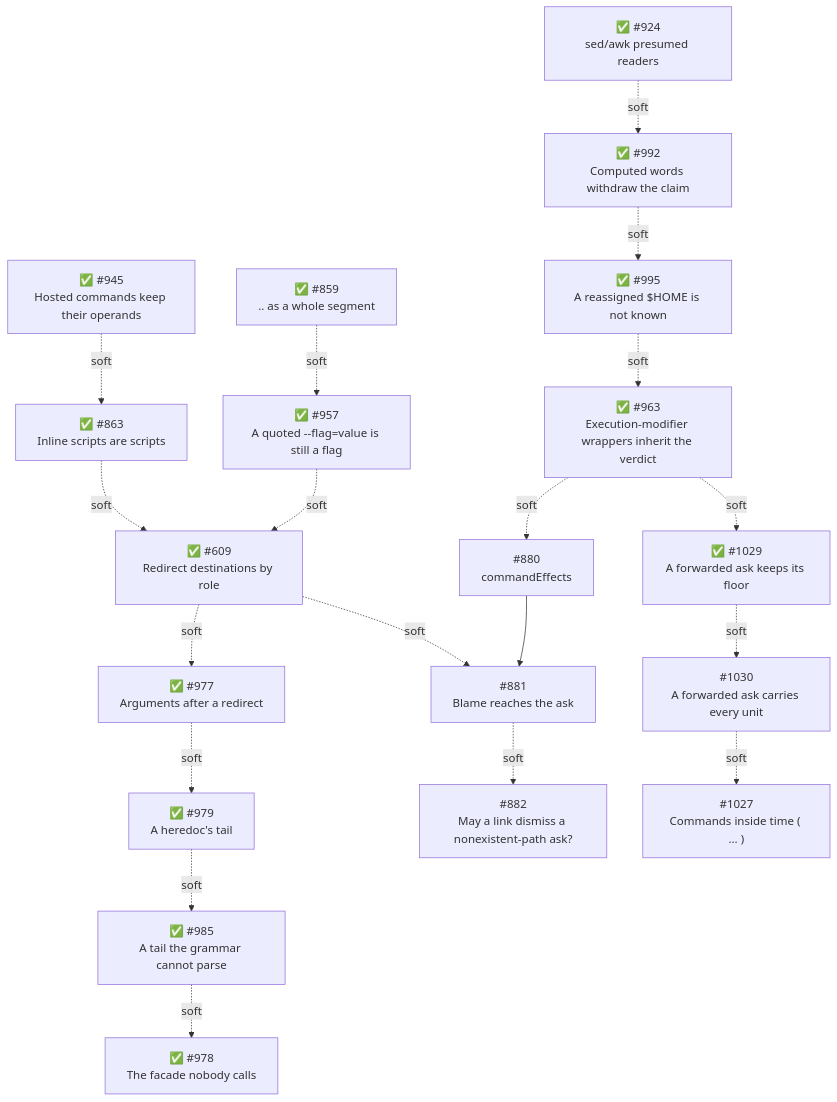
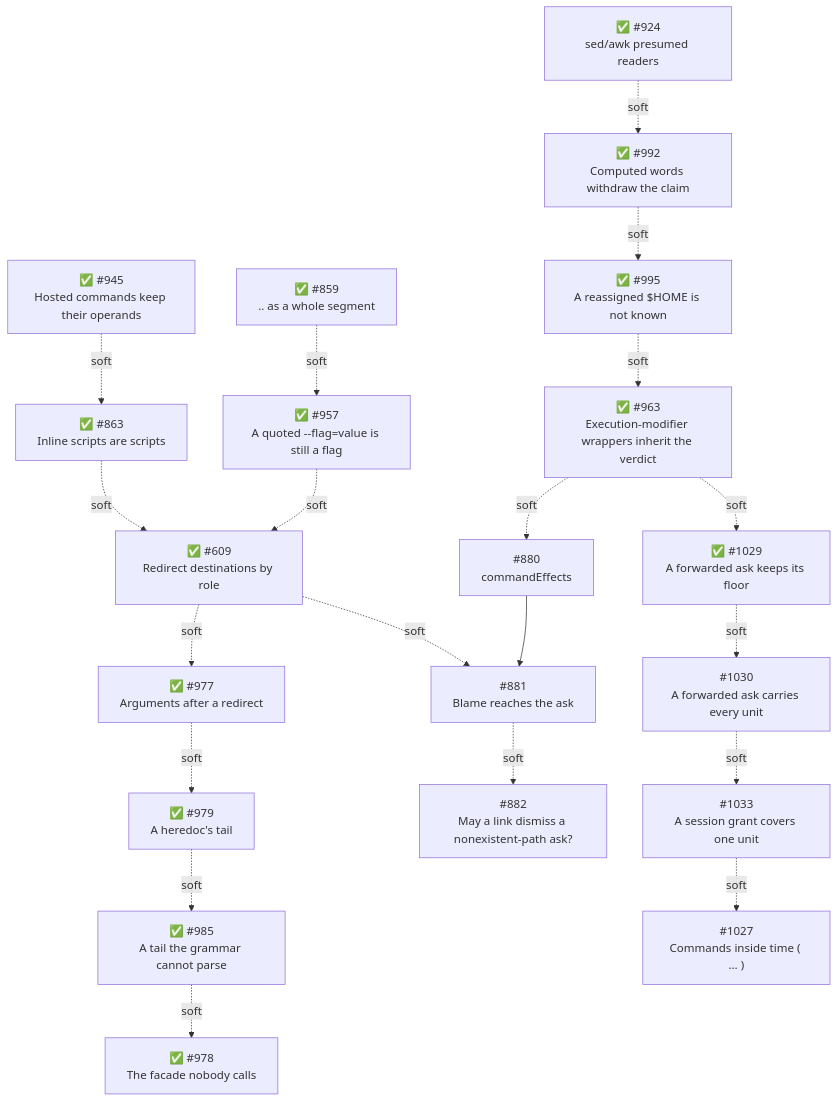
One commit to 44madfire/pi-packages changed the fourth of 4 diagrams in packages/pi-permission-system/docs/architecture/architecture.md. Above: the diagram before and after it, drawn with Mermaid. The commit also changed other lines of this file, not shown here.

````diff
--- a/packages/pi-permission-system/docs/architecture/architecture.md
+++ b/packages/pi-permission-system/docs/architecture/architecture.md
@@ -1744,21 +1759,22 @@
 ```mermaid
 flowchart TD
     S945["✅ #945<br/>Hosted commands keep their operands"] -.soft.-> S863["✅ #863<br/>Inline scripts are scripts"]
     S863 -.soft.-> S609["✅ #609<br/>Redirect destinations by role"]
     S859["✅ #859<br/>.. as a whole segment"] -.soft.-> S957["✅ #957<br/>A quoted --flag=value is still a flag"]
     S957 -.soft.-> S609
     S924["✅ #924<br/>sed/awk presumed readers"] -.soft.-> S992["✅ #992<br/>Computed words withdraw the claim"]
     S992 -.soft.-> S995["✅ #995<br/>A reassigned $HOME is not known"]
     S995 -.soft.-> S963["✅ #963<br/>Execution-modifier wrappers inherit the verdict"]
     S963 -.soft.-> S1029["✅ #1029<br/>A forwarded ask keeps its floor"]
     S1029 -.soft.-> S1030["#1030<br/>A forwarded ask carries every unit"]
-    S1030 -.soft.-> S1027["#1027<br/>Commands inside time ( … )"]
+    S1030 -.soft.-> S1033["#1033<br/>A session grant covers one unit"]
+    S1033 -.soft.-> S1027["#1027<br/>Commands inside time ( … )"]
     S963 -.soft.-> S880["#880<br/>commandEffects"]
     S880 --> S881["#881<br/>Blame reaches the ask"]
     S609 -.soft.-> S881
     S609 -.soft.-> S977["✅ #977<br/>Arguments after a redirect"]
     S977 -.soft.-> S979["✅ #979<br/>A heredoc's tail"]
     S979 -.soft.-> S985["✅ #985<br/>A tail the grammar cannot parse"]
     S985 -.soft.-> S978["✅ #978<br/>The facade nobody calls"]
     S881 -.soft.-> S882["#882<br/>May a link dismiss a nonexistent-path ask?"]
 ```
````
